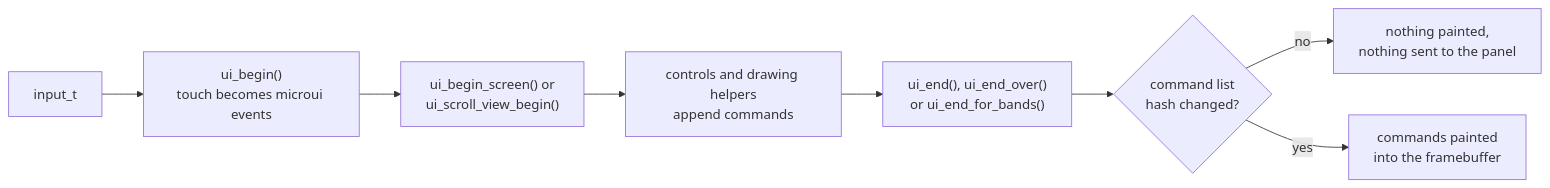
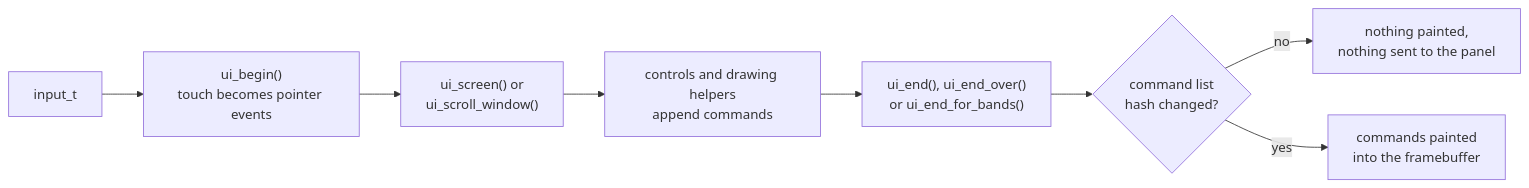
The diagram in docs/UI-Toolkit.md (jose-villegas/autana), drawn with Mermaid before and after one commit. The commit also changed other lines of this file and 25 other files, not shown here.

````diff
--- a/docs/UI-Toolkit.md
+++ b/docs/UI-Toolkit.md
@@ -48,10 +40,10 @@
 ```mermaid
 flowchart LR
-    Input["input_t"] --> Begin["ui_begin()<br/>touch becomes microui events"]
-    Begin --> Window["ui_begin_screen() or<br/>ui_scroll_view_begin()"]
+    Input["input_t"] --> Begin["ui_begin()<br/>touch becomes pointer events"]
+    Begin --> Window["ui_screen() or<br/>ui_scroll_window()"]
     Window --> Controls["controls and drawing helpers<br/>append commands"]
     Controls --> End["ui_end(), ui_end_over()<br/>or ui_end_for_bands()"]
     End --> Hash{"command list<br/>hash changed?"}
     Hash -- no --> Skip["nothing painted,<br/>nothing sent to the panel"]
     Hash -- yes --> Paint["commands painted<br/>into the framebuffer"]
 ```
````
